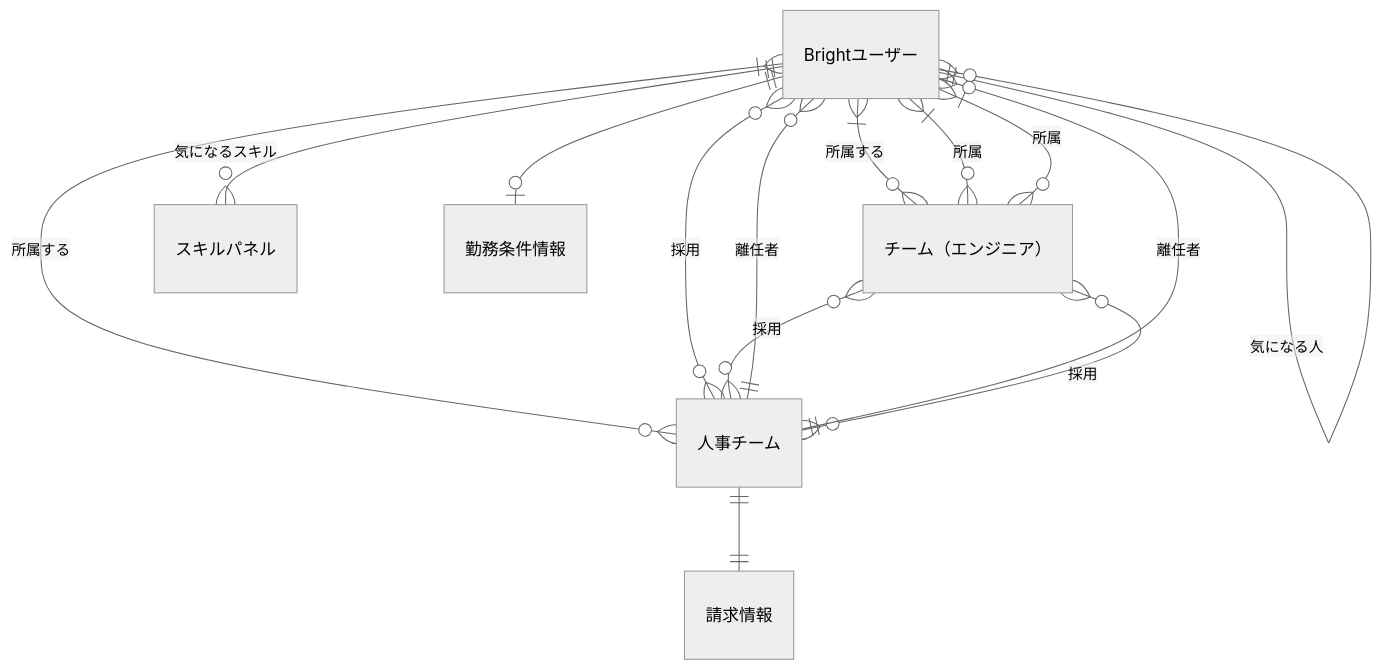
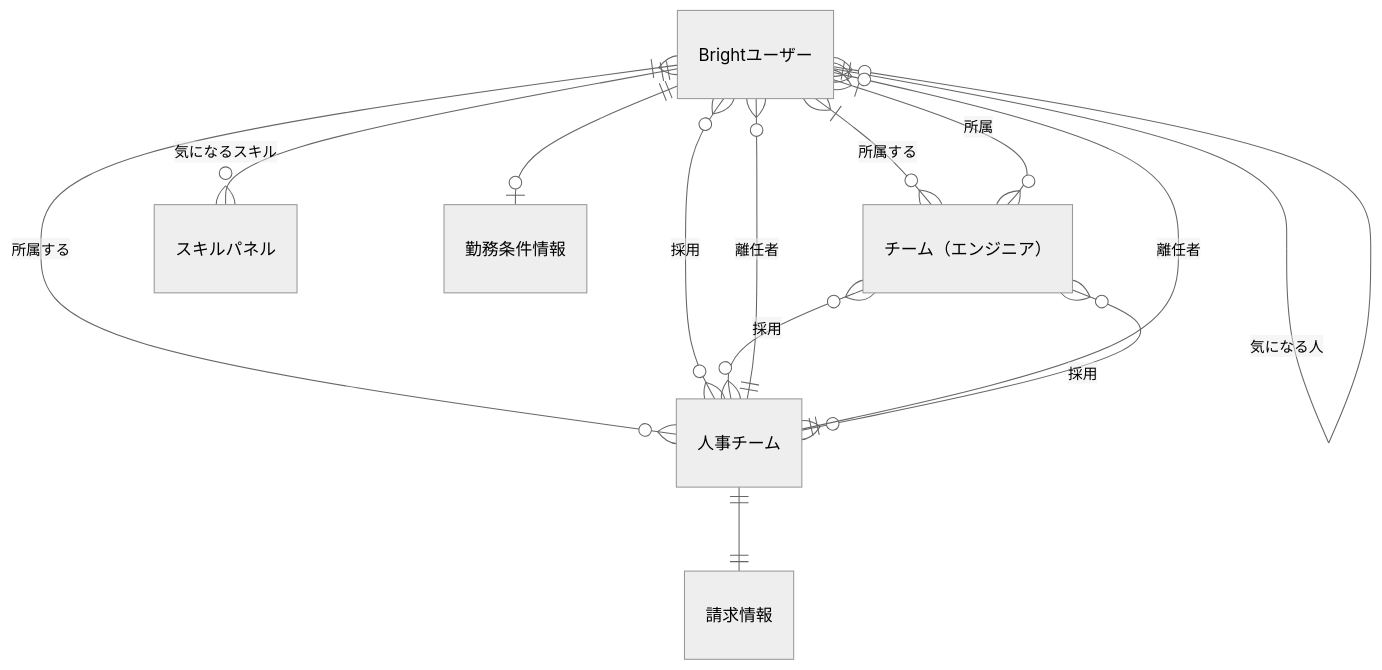
One commit to bright-org/bright changed the first of 8 diagrams in docs/conceptual_schemas/users.md. Above: the diagram before and after it, drawn with Mermaid (neutral theme).

Commit message:
#3 mokichさん指摘反映

````diff
--- a/docs/conceptual_schemas/users.md
+++ b/docs/conceptual_schemas/users.md
@@ -16,16 +16,15 @@
 ```mermaid
 erDiagram
   "Brightユーザー"}|--o{"チーム（エンジニア）" : "所属する"
   "Brightユーザー"}|--o{"人事チーム" : "所属する"
-  "Brightユーザー"}|--o{"チーム（エンジニア）" : "所属"
   "Brightユーザー"}o--o{"人事チーム" : "採用"
   "チーム（エンジニア）"}o--o{"人事チーム" : "採用"
   "人事チーム"||--||"請求情報" : ""
   "Brightユーザー"||--o{"Brightユーザー" : "気になる人"
   "Brightユーザー"||--o{"スキルパネル" : "気になるスキル"
   "Brightユーザー"||--o|"勤務条件情報" : ""
   "Brightユーザー"}o--||"人事チーム" : "離任者"
   "Brightユーザー"}|--o{"チーム（エンジニア）" : "所属"
   "人事チーム"}o--o{"チーム（エンジニア）" : "採用"
   "Brightユーザー"}o--||"人事チーム" : "離任者"
 ```
````
